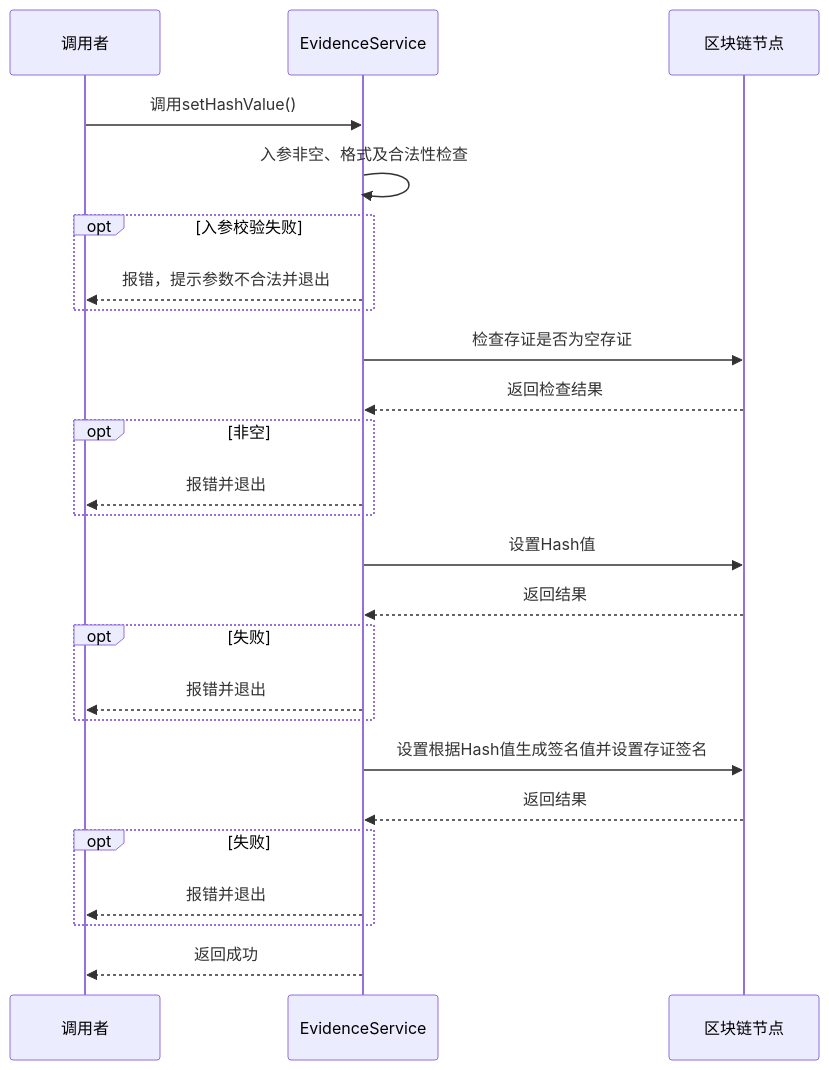
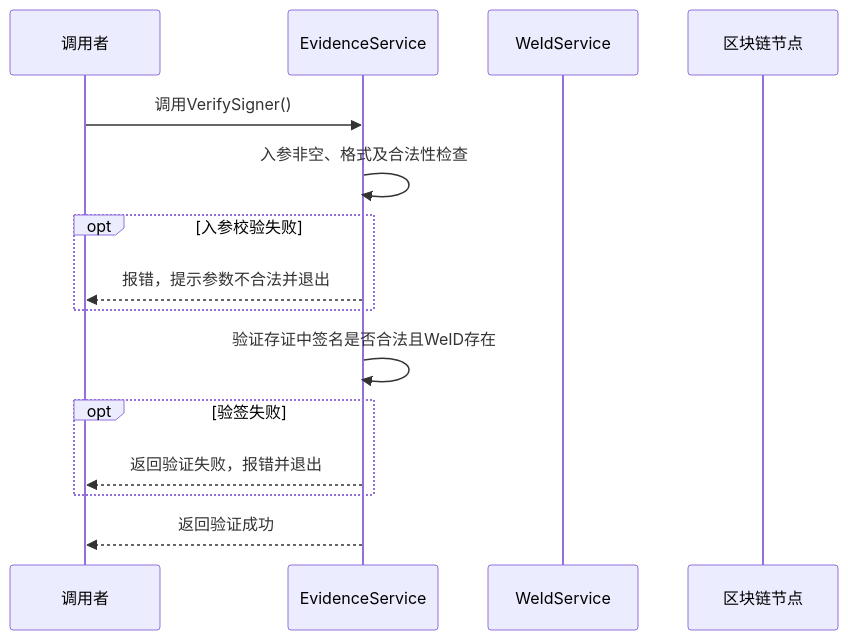
Diagram 30 of 46 in docs/zh_CN/docs/weidentity-java-sdk-doc.rst (WeBankBlockchain/WeIdentity), drawn with Mermaid before and after one commit. The commit also changed other lines of this file and 18 other files, not shown here.

Commit message:
* Hash-lookup and Linked-Event based Evidence implementation * Add interface and api docs

```diff
--- a/docs/zh_CN/docs/weidentity-java-sdk-doc.rst
+++ b/docs/zh_CN/docs/weidentity-java-sdk-doc.rst
@@ -9038,27 +8680,17 @@
 .. mermaid::
 
    sequenceDiagram
    participant 调用者
    participant EvidenceService
+   participant WeIdService
    participant 区块链节点
-   调用者->>EvidenceService: 调用setHashValue()
+   调用者->>EvidenceService: 调用VerifySigner()
    EvidenceService->>EvidenceService: 入参非空、格式及合法性检查
    opt 入参校验失败
    EvidenceService-->>调用者: 报错，提示参数不合法并退出
    end
-   EvidenceService->>区块链节点: 检查存证是否为空存证
-   区块链节点-->>EvidenceService: 返回检查结果
-   opt 非空
-   EvidenceService-->>调用者: 报错并退出
+   EvidenceService->>EvidenceService: 验证存证中签名是否合法且WeID存在
+   opt 验签失败
+   EvidenceService-->>调用者: 返回验证失败，报错并退出
    end
-   EvidenceService->>区块链节点: 设置Hash值
-   区块链节点-->>EvidenceService: 返回结果
-   opt 失败
-   EvidenceService-->>调用者: 报错并退出
-   end
-   EvidenceService->>区块链节点: 设置根据Hash值生成签名值并设置存证签名
-   区块链节点-->>EvidenceService: 返回结果
-   opt 失败
-   EvidenceService-->>调用者: 报错并退出
-   end
-   EvidenceService-->>调用者: 返回成功
+   EvidenceService-->>调用者: 返回验证成功
```
